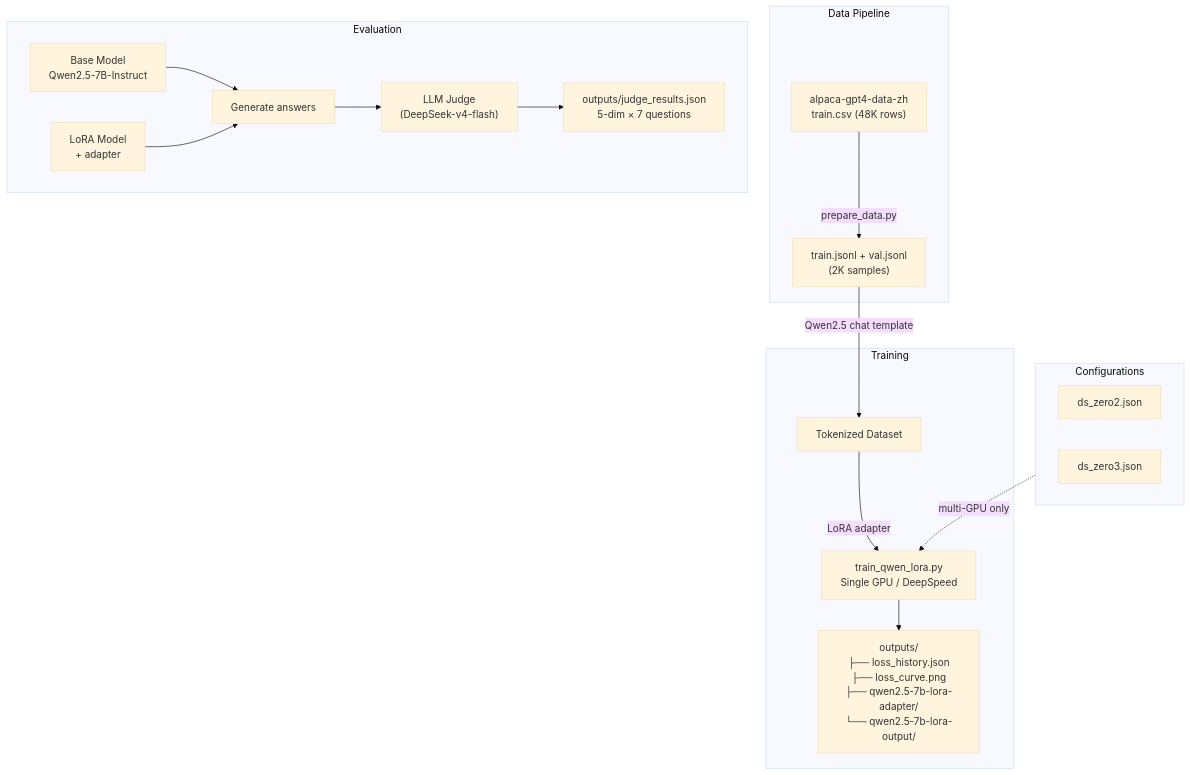
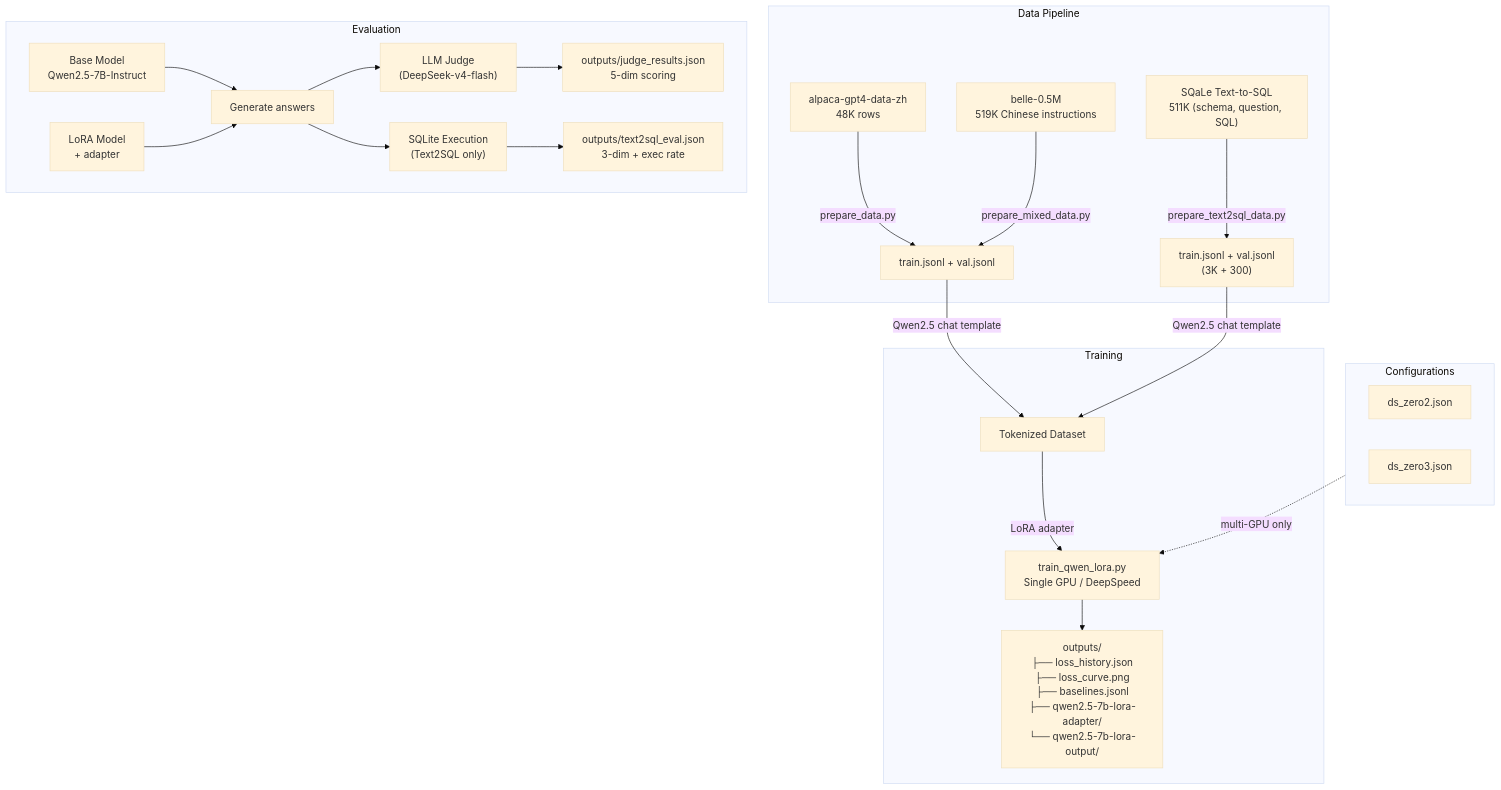
Before and after one commit to QingGo/qwen-lora-project: the first of 4 diagrams in README.md, drawn with Mermaid (base theme). The commit also changed other lines of this file and 1 other file, not shown here.

First line of the commit message:
docs: comprehensive README update with all experiments and Text2SQL

````diff
--- a/README.md
+++ b/README.md
@@ -9,26 +9,30 @@
 ```mermaid
 graph TD
     subgraph Data["Data Pipeline"]
-        CSV["alpaca-gpt4-data-zh<br/>train.csv (48K rows)"] -->|prepare_data.py| JSONL["train.jsonl + val.jsonl<br/>(2K samples)"]
+        CSV["alpaca-gpt4-data-zh<br/>48K rows"] -->|prepare_data.py| JSONL1["train.jsonl + val.jsonl"]
+        BELLE["belle-0.5M<br/>519K Chinese instructions"] -->|prepare_mixed_data.py| JSONL1
+        SQaLe["SQaLe Text-to-SQL<br/>511K (schema, question, SQL)"] -->|prepare_text2sql_data.py| JSONL2["train.jsonl + val.jsonl<br/>(3K + 300)"]
     end
 
     subgraph Training["Training"]
-        JSONL -->|Qwen2.5 chat template| Tok["Tokenized Dataset"]
+        JSONL1 & JSONL2 -->|Qwen2.5 chat template| Tok["Tokenized Dataset"]
         Tok -->|LoRA adapter| Train["train_qwen_lora.py<br/>Single GPU / DeepSpeed"]
-        Train --> Output["outputs/<br/>├── loss_history.json<br/>├── loss_curve.png<br/>├── qwen2.5-7b-lora-adapter/<br/>└── qwen2.5-7b-lora-output/"]
+        Train --> Output["outputs/<br/>├── loss_history.json<br/>├── loss_curve.png<br/>├── baselines.jsonl<br/>├── qwen2.5-7b-lora-adapter/<br/>└── qwen2.5-7b-lora-output/"]
     end
 
     subgraph Eval["Evaluation"]
         Base["Base Model<br/>Qwen2.5-7B-Instruct"] --> Gen["Generate answers"]
         Lora["LoRA Model<br/>+ adapter"] --> Gen
         Gen --> Judge["LLM Judge<br/>(DeepSeek-v4-flash)"]
-        Judge --> Report["outputs/judge_results.json<br/>5-dim × 7 questions"]
+        Judge --> Report["outputs/judge_results.json<br/>5-dim scoring"]
+        Gen --> SQLite["SQLite Execution<br/>(Text2SQL only)"]
+        SQLite --> Report2["outputs/text2sql_eval.json<br/>3-dim + exec rate"]
     end
 
     subgraph Config["Configurations"]
         DS2["ds_zero2.json"]
         DS3["ds_zero3.json"]
     end
 
     Config -.->|multi-GPU only| Train
 ```
````
